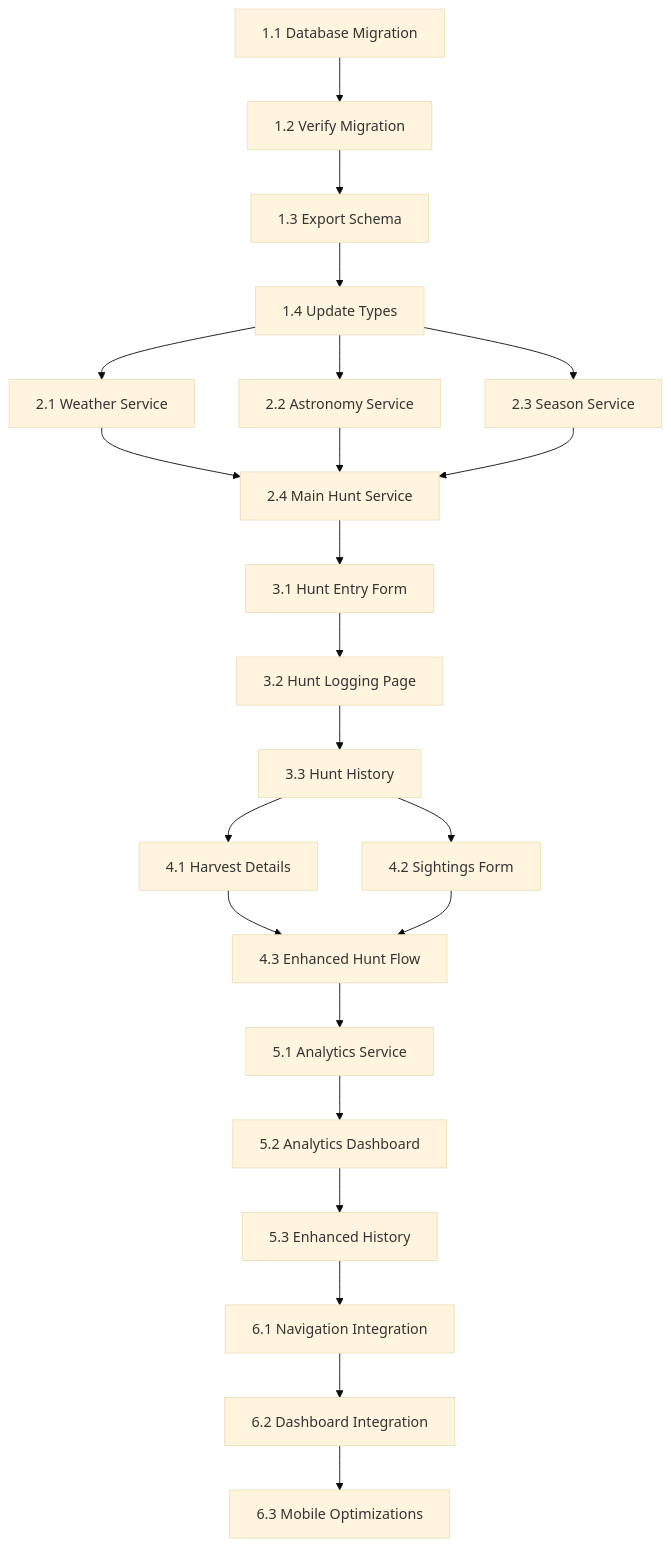
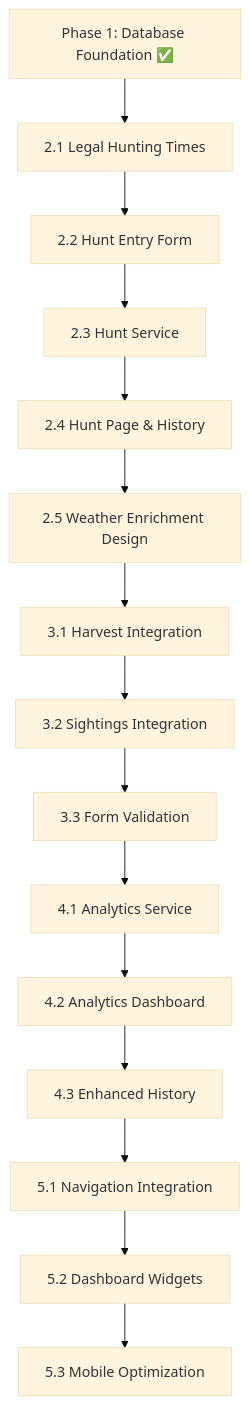
One commit to thisdwhitley/hunt-club-website changed the diagram in docs/implementation/hunt-logging-implementation.md. Above: the diagram before and after it, drawn with Mermaid (base theme). The commit also changed other lines of this file, not shown here.

Commit message:
adding design doc and updating implementation plan

````diff
--- a/docs/implementation/hunt-logging-implementation.md
+++ b/docs/implementation/hunt-logging-implementation.md
@@ -310,25 +246,17 @@
 ```mermaid
 graph TD
-    A[1.1 Database Migration] --> B[1.2 Verify Migration]
-    B --> C[1.3 Export Schema]
-    C --> D[1.4 Update Types]
-    D --> E[2.1 Weather Service]
-    D --> F[2.2 Astronomy Service]
-    D --> G[2.3 Season Service]
-    E --> H[2.4 Main Hunt Service]
-    F --> H
-    G --> H
-    H --> I[3.1 Hunt Entry Form]
-    I --> J[3.2 Hunt Logging Page]
-    J --> K[3.3 Hunt History]
-    K --> L[4.1 Harvest Details]
-    K --> M[4.2 Sightings Form]
-    L --> N[4.3 Enhanced Hunt Flow]
-    M --> N
-    N --> O[5.1 Analytics Service]
-    O --> P[5.2 Analytics Dashboard]
-    P --> Q[5.3 Enhanced History]
-    Q --> R[6.1 Navigation Integration]
-    R --> S[6.2 Dashboard Integration]
-    S --> T[6.3 Mobile Optimizations]
+    A[Phase 1: Database Foundation ✅] --> B[2.1 Legal Hunting Times]
+    B --> C[2.2 Hunt Entry Form]
+    C --> D[2.3 Hunt Service]
+    D --> E[2.4 Hunt Page & History]
+    E --> F[2.5 Weather Enrichment Design]
+    F --> G[3.1 Harvest Integration]
+    G --> H[3.2 Sightings Integration] 
+    H --> I[3.3 Form Validation]
+    I --> J[4.1 Analytics Service]
+    J --> K[4.2 Analytics Dashboard]
+    K --> L[4.3 Enhanced History]
+    L --> M[5.1 Navigation Integration]
+    M --> N[5.2 Dashboard Widgets]
+    N --> O[5.3 Mobile Optimization]
 ```
````
